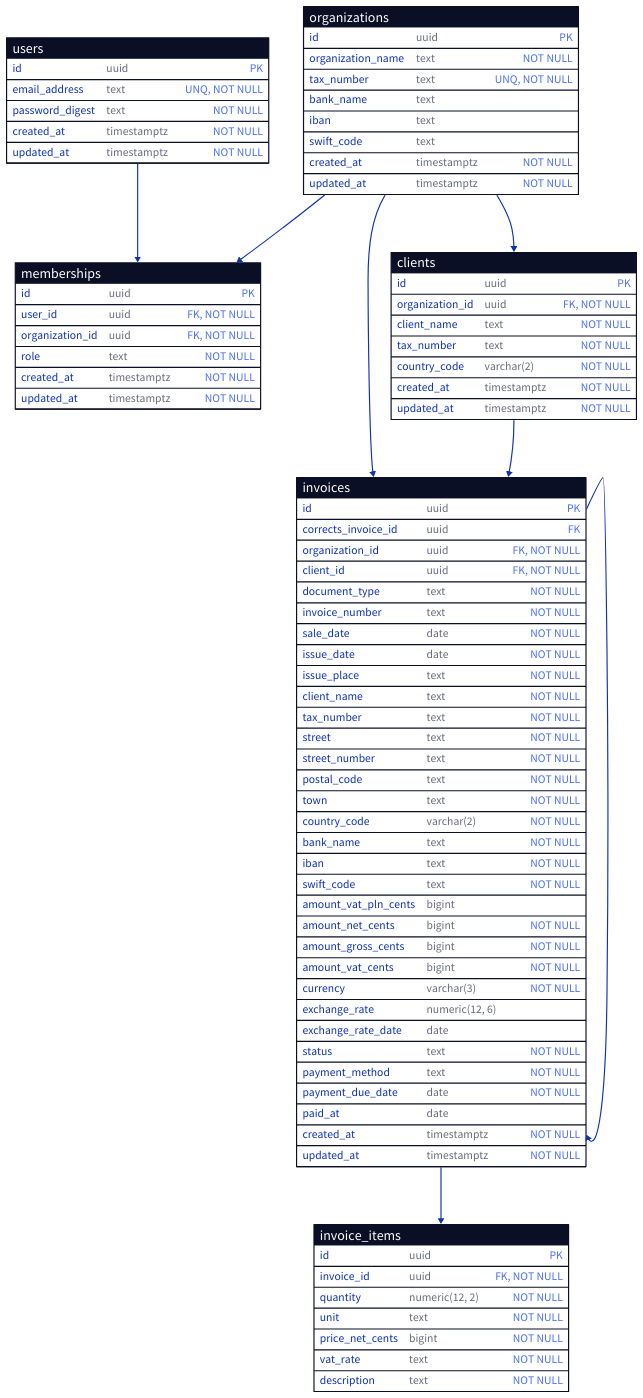
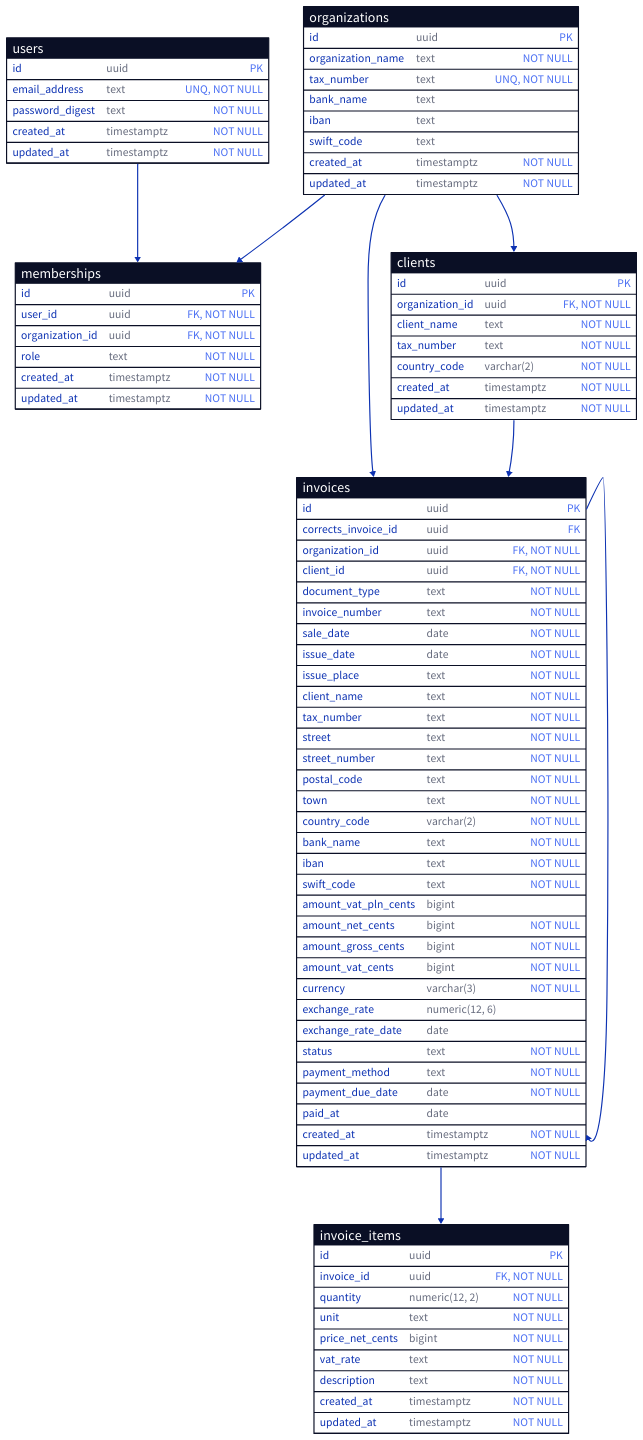
One commit to konradszl/invoicing-app changed the diagram in docs/diagrams/erd.d2. Above: the diagram before and after it, drawn with D2. The commit also changed 5 other files, not shown here.

```diff
--- a/docs/diagrams/erd.d2
+++ b/docs/diagrams/erd.d2
@@ -1,106 +1,108 @@
 organizations: {
     shape: sql_table
 
     id:                   uuid           { constraint: primary_key }
     organization_name:    text           { constraint: NOT NULL }
     tax_number:           text           { constraint: [unique; NOT NULL] }
     bank_name:            text
     iban:                 text
     swift_code:           text
     created_at:           timestamptz    { constraint: NOT NULL }
     updated_at:           timestamptz    { constraint: NOT NULL }
 }
 
 users: {
     shape: sql_table
 
     id:                   uuid           { constraint: primary_key }
     email_address:        text           { constraint: [unique; NOT NULL] }
     password_digest:      text           { constraint: NOT NULL }
     created_at:           timestamptz    { constraint: NOT NULL }
     updated_at:           timestamptz    { constraint: NOT NULL }
 }
 
 memberships: {
     shape: sql_table
 
     id:                   uuid           { constraint: primary_key }
     user_id:              uuid           { constraint: [foreign_key; NOT NULL] }
     organization_id:      uuid           { constraint: [foreign_key; NOT NULL] }
     role:                 text           { constraint: NOT NULL }
     created_at:           timestamptz    { constraint: NOT NULL }
     updated_at:           timestamptz    { constraint: NOT NULL }
 }
 
 clients: {
     shape: sql_table
 
     id:                   uuid           { constraint: primary_key }
     organization_id:      uuid           { constraint: [foreign_key; NOT NULL] }
     client_name:          text           { constraint: NOT NULL }
     tax_number:           text           { constraint: NOT NULL }
     country_code:         varchar(2)     { constraint: NOT NULL }
     created_at:           timestamptz    { constraint: NOT NULL }
     updated_at:           timestamptz    { constraint: NOT NULL }
 }
 
 invoices: {
     shape: sql_table
 
     id:                   uuid           { constraint: primary_key }
     corrects_invoice_id:  uuid           { constraint: foreign_key }
     organization_id:      uuid           { constraint: [foreign_key; NOT NULL] }
     client_id:            uuid           { constraint: [foreign_key; NOT NULL] }
     document_type:        text           { constraint: NOT NULL }
     invoice_number:       text           { constraint: NOT NULL }
     sale_date:            date           { constraint: NOT NULL }
     issue_date:           date           { constraint: NOT NULL }
     issue_place:          text           { constraint: NOT NULL }
     client_name:          text           { constraint: NOT NULL }
     tax_number:           text           { constraint: NOT NULL }
     street:               text           { constraint: NOT NULL }
     street_number:        text           { constraint: NOT NULL }
     postal_code:          text           { constraint: NOT NULL }
     town:                 text           { constraint: NOT NULL }
     country_code:         varchar(2)     { constraint: NOT NULL }
     bank_name:            text           { constraint: NOT NULL }
     iban:                 text           { constraint: NOT NULL }
     swift_code:           text           { constraint: NOT NULL }
     amount_vat_pln_cents: bigint
     amount_net_cents:     bigint         { constraint: NOT NULL }
     amount_gross_cents:   bigint         { constraint: NOT NULL }
     amount_vat_cents:     bigint         { constraint: NOT NULL }
     currency:             varchar(3)     { constraint: NOT NULL }
     exchange_rate:        numeric(12, 6)
     exchange_rate_date:   date
     status:               text           { constraint: NOT NULL }
     payment_method:       text           { constraint: NOT NULL }
     payment_due_date:     date           { constraint: NOT NULL }
     paid_at:              date
     created_at:           timestamptz    { constraint: NOT NULL }
     updated_at:           timestamptz    { constraint: NOT NULL }
 }
 
 
 invoice_items: {
     shape: sql_table
 
     id:                   uuid           { constraint: primary_key }
     invoice_id:           uuid           { constraint: [foreign_key; NOT NULL] }
     quantity:             numeric(12, 2) { constraint: NOT NULL }
     unit:                 text           { constraint: NOT NULL }
     price_net_cents:      bigint         { constraint: NOT NULL }
     vat_rate:             text           { constraint: NOT NULL }
     description:          text           { constraint: NOT NULL }
+    created_at:           timestamptz    { constraint: NOT NULL }
+    updated_at:           timestamptz    { constraint: NOT NULL }
 }
 
 organizations.id -> memberships.organization_id
 organizations.id -> invoices.organization_id
 organizations.id -> clients.organization_id
 
 invoices.id -> invoice_items.invoice_id
 invoices.id -> invoices.corrects_invoice_id
 
 clients.id -> invoices.client_id
 
 users.id -> memberships.user_id
```
